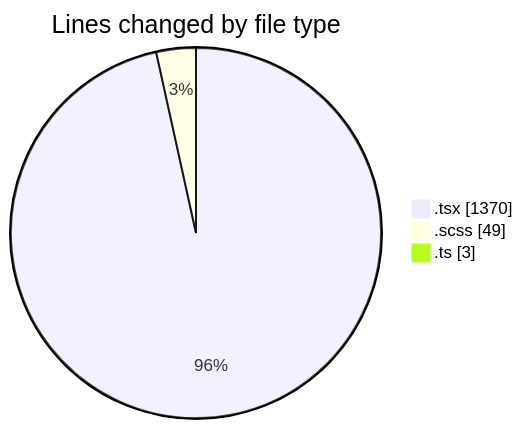
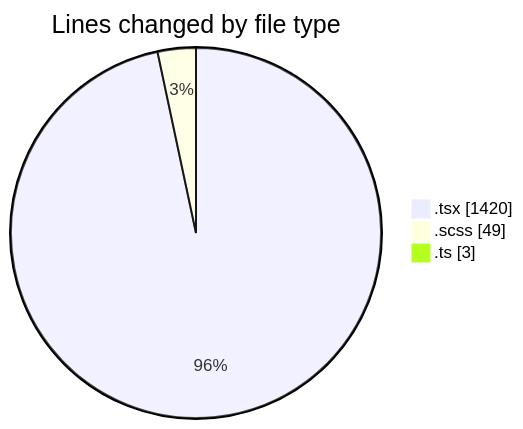
Before and after one commit to momahboobian/code-tracking: the first of 2 diagrams in 2026-09-04/cda/README.md, drawn with Mermaid. The commit also changed other lines of this file and 1 other file, not shown here.

````diff
--- a/2026-09-04/cda/README.md
+++ b/2026-09-04/cda/README.md
@@ -32,7 +33,7 @@
 ```mermaid
 pie showData
 title Lines changed by file type
-".tsx" : 1370
+".tsx" : 1420
 ".scss" : 49
 ".ts" : 3
 ```
````
